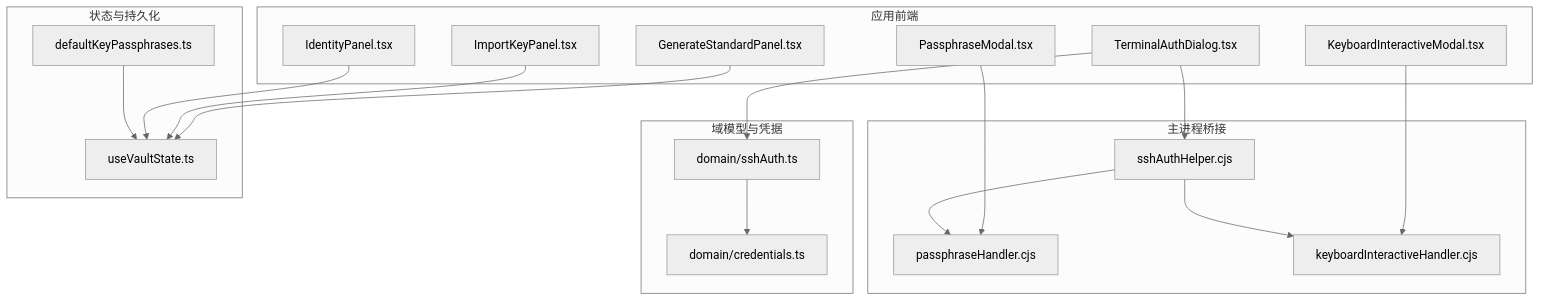
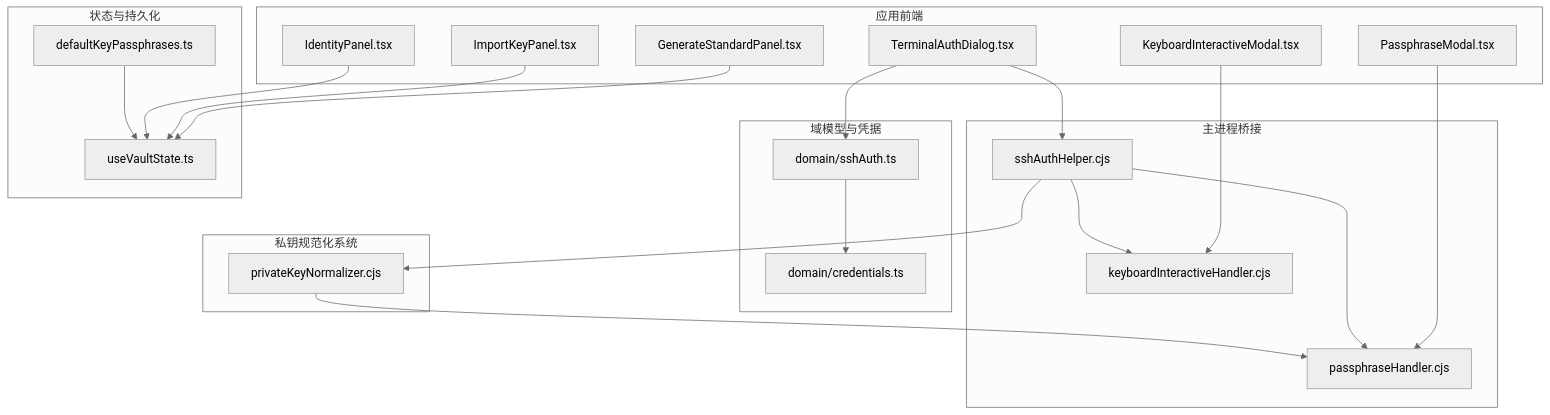
The first of 11 diagrams in .qoder/repowiki/zh/content/用户指南/SSH客户端管理/认证方式.md (szeiyou/Netcatty), drawn with Mermaid (neutral theme) before and after one commit. The commit also changed other lines of this file and 8 other files, not shown here.

````diff
--- a/.qoder/repowiki/zh/content/用户指南/SSH客户端管理/认证方式.md
+++ b/.qoder/repowiki/zh/content/用户指南/SSH客户端管理/认证方式.md
@@ -46,35 +60,40 @@
 ```mermaid
 graph TB
 subgraph "应用前端"
 TAD["TerminalAuthDialog.tsx"]
 KIM["KeyboardInteractiveModal.tsx"]
 PM["PassphraseModal.tsx"]
 GSP["GenerateStandardPanel.tsx"]
 IKP["ImportKeyPanel.tsx"]
 IP["IdentityPanel.tsx"]
 end
 subgraph "域模型与凭据"
 DA["domain/sshAuth.ts"]
 DC["domain/credentials.ts"]
 end
 subgraph "主进程桥接"
 SAH["sshAuthHelper.cjs"]
 PH["passphraseHandler.cjs"]
 KIH["keyboardInteractiveHandler.cjs"]
 end
+subgraph "私钥规范化系统"
+PKN["privateKeyNormalizer.cjs"]
+end
 subgraph "状态与持久化"
 UVS["useVaultState.ts"]
 DKP["defaultKeyPassphrases.ts"]
 end
 TAD --> DA
 TAD --> SAH
 KIM --> KIH
 PM --> PH
 GSP --> UVS
 IKP --> UVS
 IP --> UVS
 SAH --> PH
 SAH --> KIH
+SAH --> PKN
+PKN --> PH
 DA --> DC
 DKP --> UVS
 ```
````
